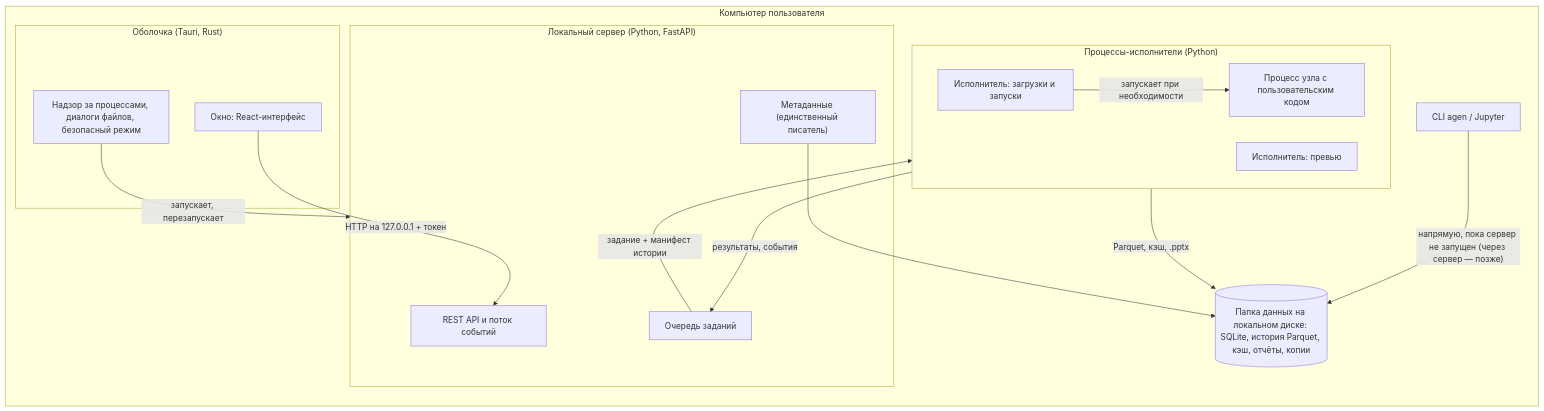
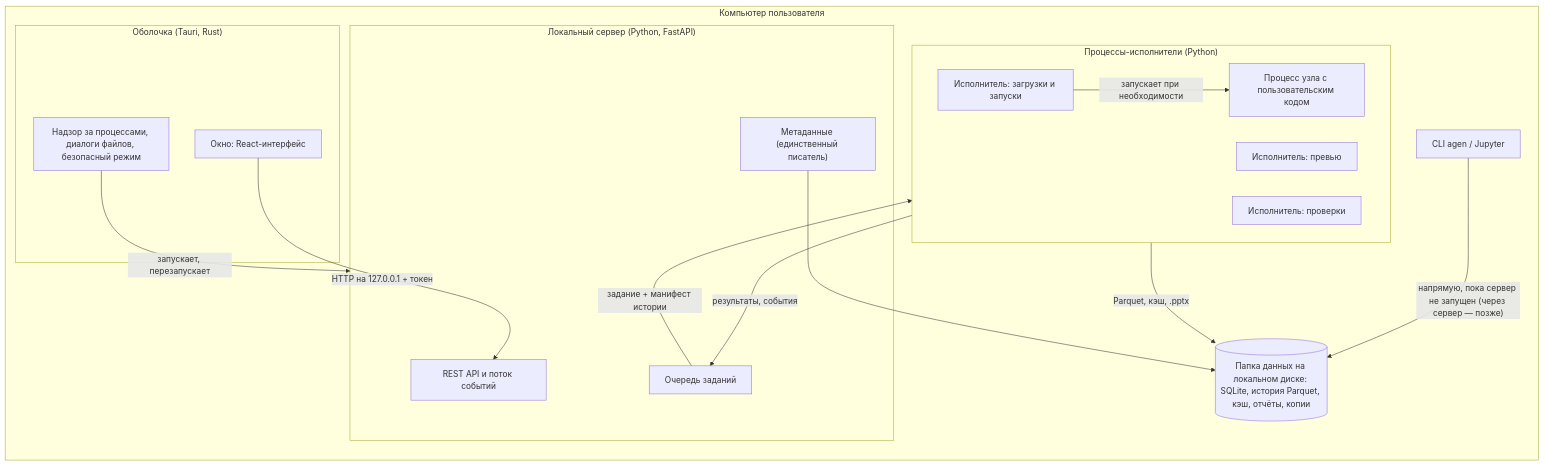
Before and after one commit to PrimalSt/Auto_clode: the first of 4 diagrams in ARCHITECTURE.md, drawn with Mermaid. The commit also changed other lines of this file and 1 other file, not shown here.

````diff
--- a/ARCHITECTURE.md
+++ b/ARCHITECTURE.md
@@ -23,30 +23,31 @@
 ```mermaid
 flowchart LR
   subgraph PC["Компьютер пользователя"]
     subgraph Shell["Оболочка (Tauri, Rust)"]
       WIN["Окно: React-интерфейс"]
       SUP["Надзор за процессами, диалоги файлов, безопасный режим"]
     end
     subgraph Server["Локальный сервер (Python, FastAPI)"]
       API["REST API и поток событий"]
       JOBS["Очередь заданий"]
       STORE["Метаданные (единственный писатель)"]
     end
     subgraph Pool["Процессы-исполнители (Python)"]
       EX1["Исполнитель: загрузки и запуски"]
       EX2["Исполнитель: превью"]
+      EX3["Исполнитель: проверки"]
       UC["Процесс узла с пользовательским кодом"]
     end
     CLI["CLI agen / Jupyter"]
     DATA[("Папка данных на локальном диске: SQLite, история Parquet, кэш, отчёты, копии")]
   end
 
   WIN -- "HTTP на 127.0.0.1 + токен" --> API
   SUP -- "запускает, перезапускает" --> Server
   JOBS -- "задание + манифест истории" --> Pool
   EX1 -- "запускает при необходимости" --> UC
   Pool -- "результаты, события" --> JOBS
   STORE --> DATA
   Pool -- "Parquet, кэш, .pptx" --> DATA
   CLI -- "напрямую, пока сервер не запущен (через сервер — позже)" --> DATA
 ```
````
